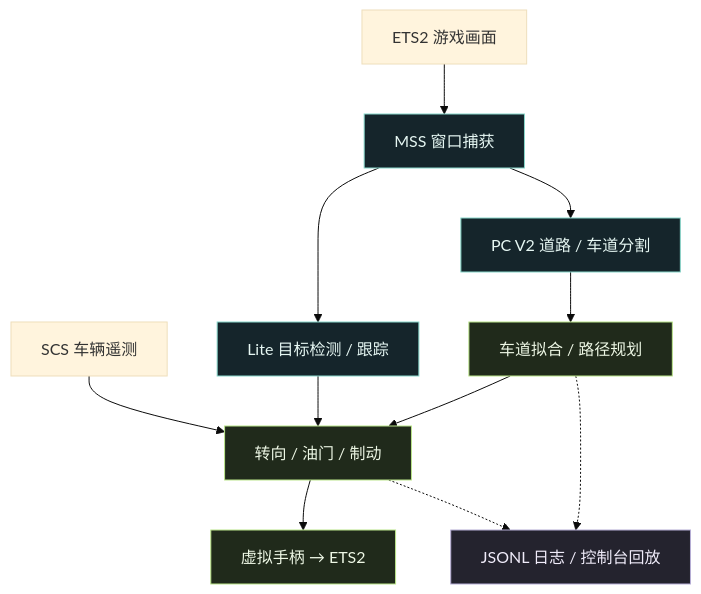
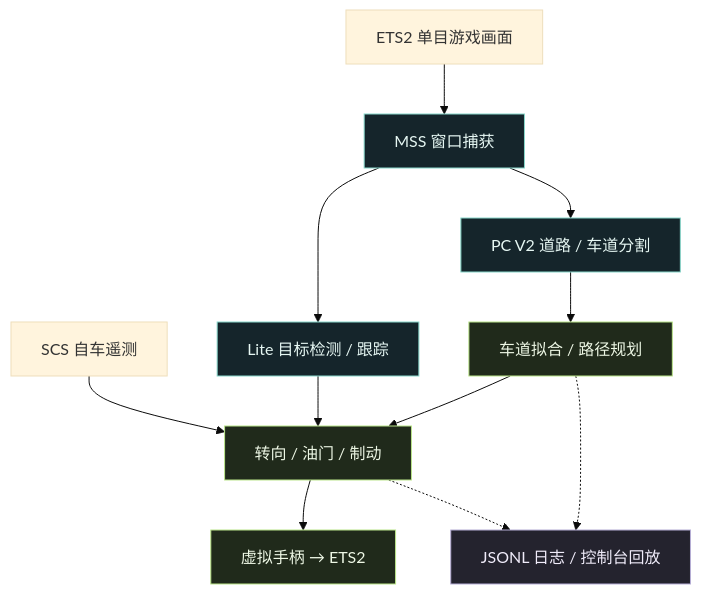
Before and after one commit to HenryG03124/Universal-Autopilot: the diagram in README.md, drawn with Mermaid (base theme). The commit also changed other lines of this file and 2 other files, not shown here.

````diff
--- a/README.md
+++ b/README.md
@@ -53,20 +66,20 @@
 ```mermaid
 flowchart TD
-    A[ETS2 游戏画面] --> B[MSS 窗口捕获]
+    A[ETS2 单目游戏画面] --> B[MSS 窗口捕获]
     B --> C[PC V2 道路 / 车道分割]
     B --> D[Lite 目标检测 / 跟踪]
     C --> E[车道拟合 / 路径规划]
     E --> F[转向 / 油门 / 制动]
     D --> F
-    T[SCS 车辆遥测] --> F
+    T[SCS 自车遥测] --> F
     F --> G[虚拟手柄 → ETS2]
     E -.-> H[JSONL 日志 / 控制台回放]
     F -.-> H
 
     classDef vision fill:#15252B,stroke:#87D7CB,color:#E6F7F3
     classDef control fill:#202A1B,stroke:#BBE58A,color:#EDF7E5
     classDef inspect fill:#24232E,stroke:#B6AED6,color:#F0ECFA
     class B,C,D vision
     class E,F,G control
     class H inspect
 ```
````
